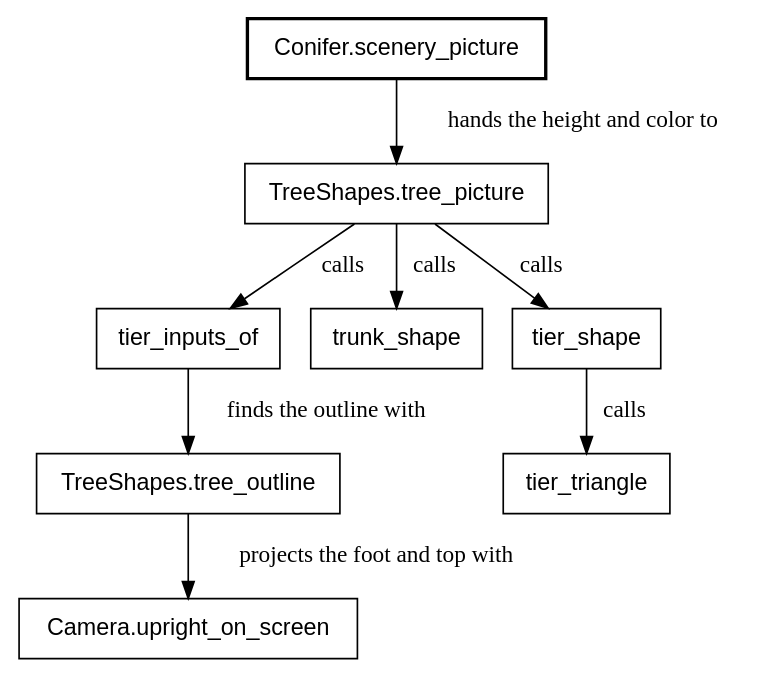
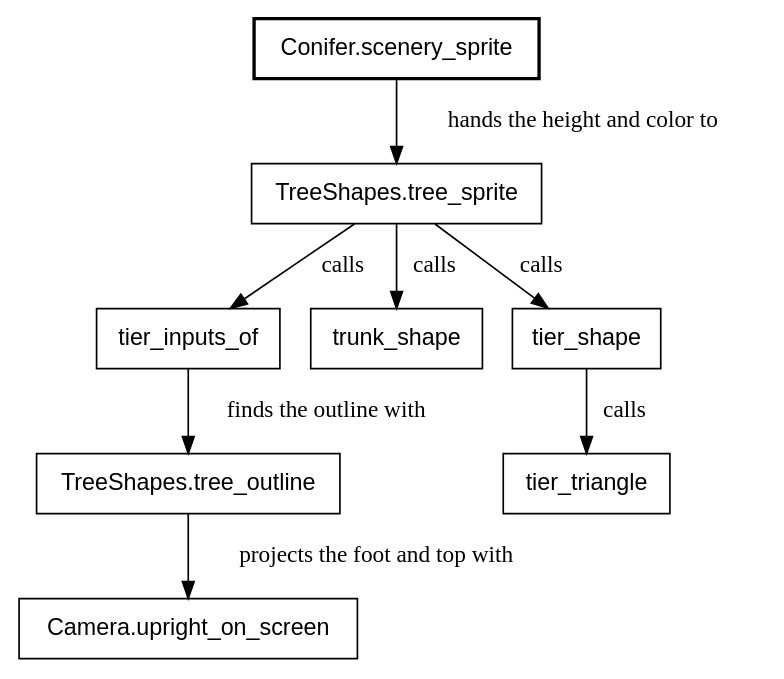
One commit to showell/roc-apps changed the sixth of 29 diagrams in canvas_apps/safari/tutorial/tutorial.md. Above: the diagram before and after it, drawn with Graphviz. The commit also changed other lines of this file and 27 other files, not shown here.

First line of the commit message:
Safari: rename Picture to Sprite

````diff
--- a/canvas_apps/safari/tutorial/tutorial.md
+++ b/canvas_apps/safari/tutorial/tutorial.md
@@ -524,13 +524,13 @@
 ```dot
 digraph tree {
   node [shape=box, fontname="Helvetica"];
-  "Conifer.scenery_picture" [style=bold];
-  "Conifer.scenery_picture" -> "TreeShapes.tree_picture" [label="  hands the height and color to"];
-  "TreeShapes.tree_picture" -> "tier_inputs_of" [label="  calls"];
+  "Conifer.scenery_sprite" [style=bold];
+  "Conifer.scenery_sprite" -> "TreeShapes.tree_sprite" [label="  hands the height and color to"];
+  "TreeShapes.tree_sprite" -> "tier_inputs_of" [label="  calls"];
   "tier_inputs_of" -> "TreeShapes.tree_outline" [label="  finds the outline with"];
   "TreeShapes.tree_outline" -> "Camera.upright_on_screen" [label="  projects the foot and top with"];
-  "TreeShapes.tree_picture" -> "trunk_shape" [label="  calls"];
-  "TreeShapes.tree_picture" -> "tier_shape" [label="  calls"];
+  "TreeShapes.tree_sprite" -> "trunk_shape" [label="  calls"];
+  "TreeShapes.tree_sprite" -> "tier_shape" [label="  calls"];
   "tier_shape" -> "tier_triangle" [label="  calls"];
 }
 ```
````
